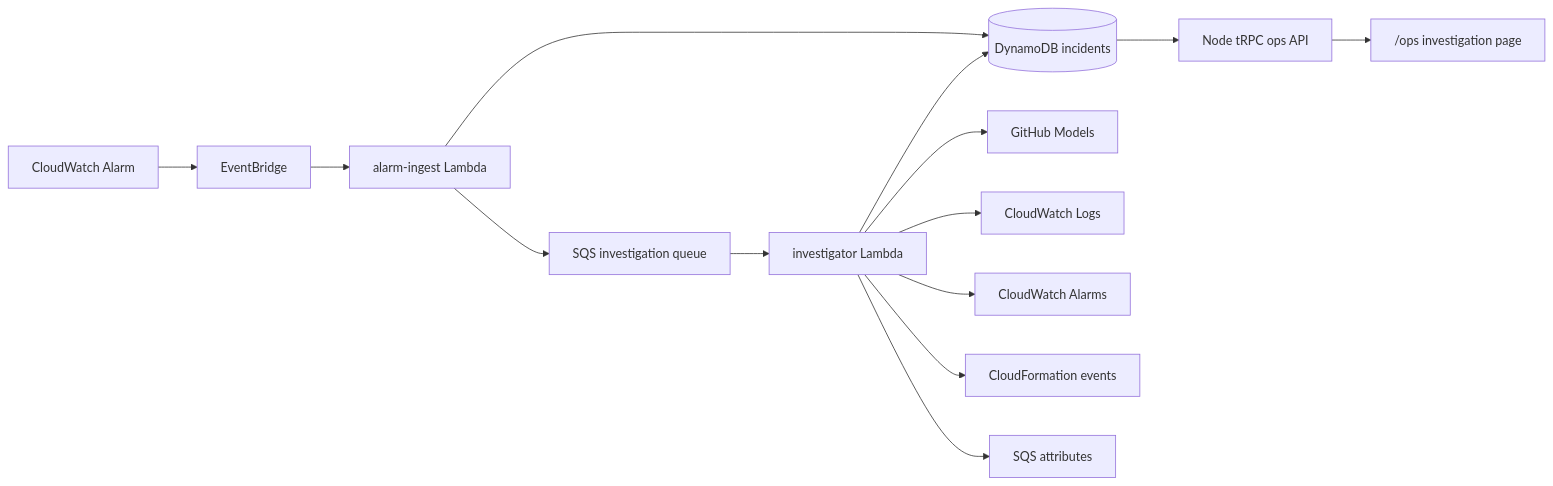
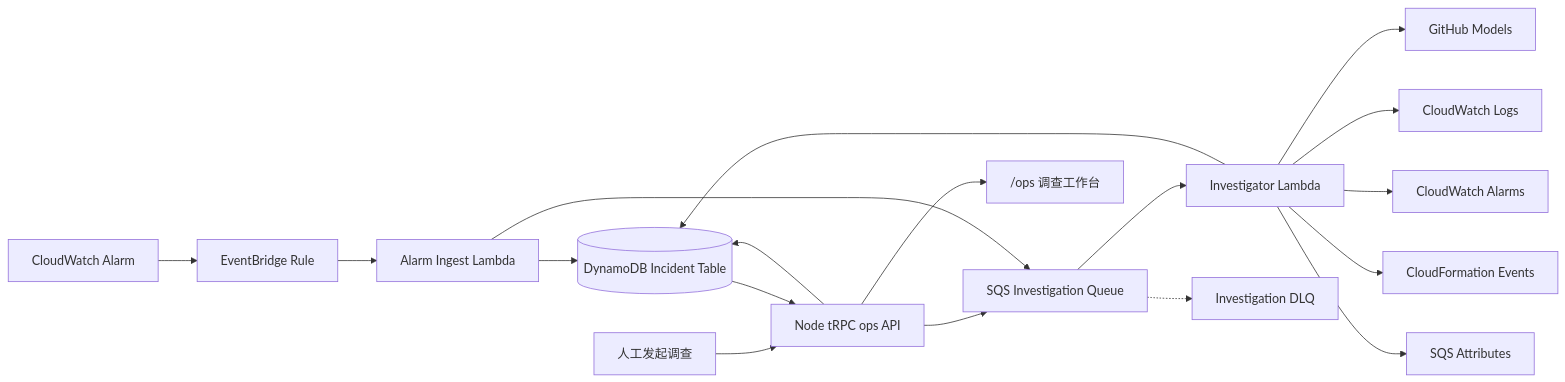
Before and after one commit to StarCoderLn/github-account-info: the diagram in apps/fumadocs/content/docs/deployment/ai-ops-agent/index.mdx, drawn with Mermaid. The commit also changed other lines of this file and 28 other files, not shown here.

````diff
--- a/apps/fumadocs/content/docs/deployment/ai-ops-agent/index.mdx
+++ b/apps/fumadocs/content/docs/deployment/ai-ops-agent/index.mdx
@@ -20,16 +35,20 @@
 ```mermaid
 flowchart LR
-  Alarm[CloudWatch Alarm] --> EventBridge[EventBridge]
-  EventBridge --> Ingest[alarm-ingest Lambda]
-  Ingest --> Table[(DynamoDB incidents)]
-  Ingest --> Queue[SQS investigation queue]
-  Queue --> Agent[investigator Lambda]
-  Agent --> Models[GitHub Models]
-  Agent --> Logs[CloudWatch Logs]
-  Agent --> Alarms[CloudWatch Alarms]
-  Agent --> Stacks[CloudFormation events]
-  Agent --> Health[SQS attributes]
+  Alarm["CloudWatch Alarm"] --> Rule["EventBridge Rule"]
+  Rule --> Ingest["Alarm Ingest Lambda"]
+  User["人工发起调查"] --> Api["Node tRPC ops API"]
+  Api --> Table[("DynamoDB Incident Table")]
+  Api --> Queue["SQS Investigation Queue"]
+  Ingest --> Table
+  Ingest --> Queue
+  Queue --> Agent["Investigator Lambda"]
+  Queue -.-> DLQ["Investigation DLQ"]
+  Agent --> Model["GitHub Models"]
+  Agent --> Logs["CloudWatch Logs"]
+  Agent --> Alarms["CloudWatch Alarms"]
+  Agent --> Deployments["CloudFormation Events"]
+  Agent --> QueueHealth["SQS Attributes"]
   Agent --> Table
-  Table --> API[Node tRPC ops API]
-  API --> UI["/ops investigation page"]
+  Table --> Api
+  Api --> Page["/ops 调查工作台"]
 ```
````
